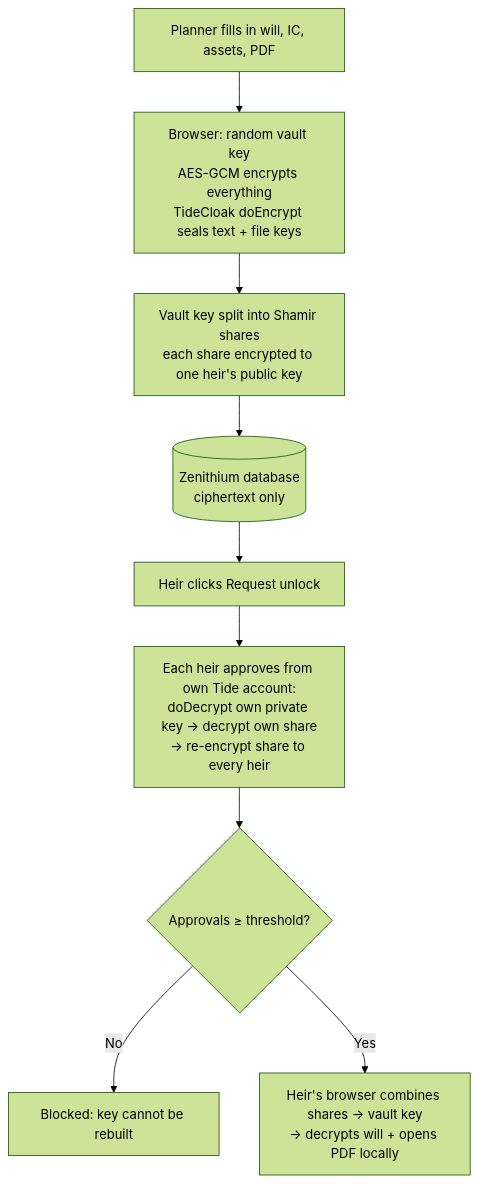
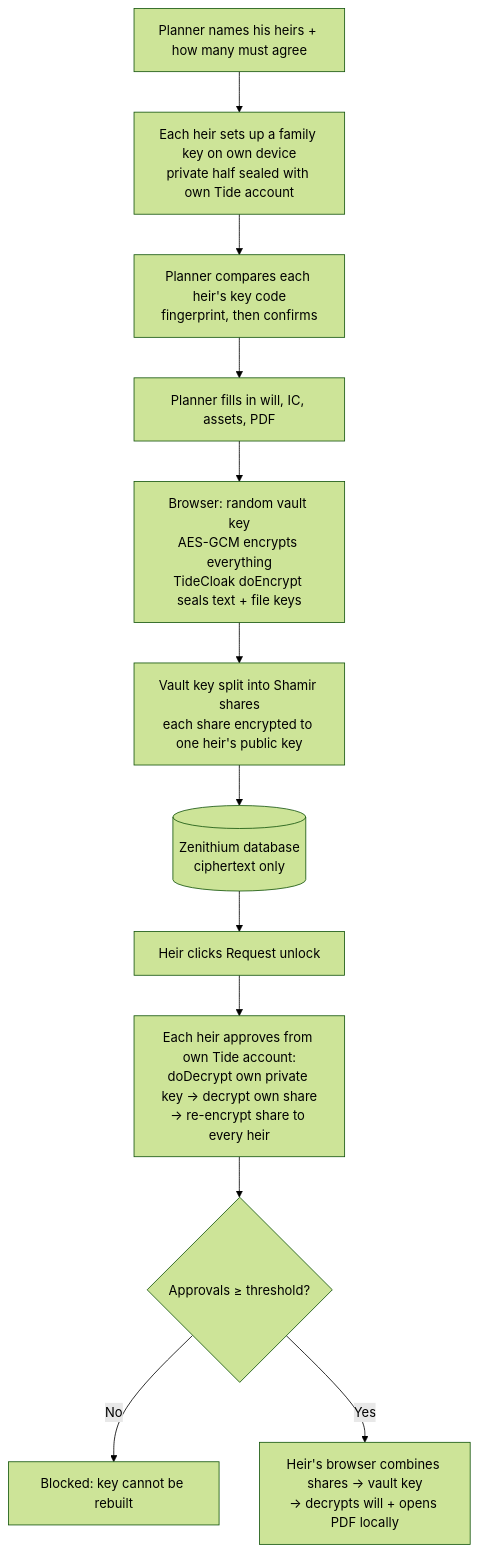
Before and after one commit to MaosterM/RMIT-Shuijiao: the diagram in challenge_2/STUDY.md, drawn with Mermaid (forest theme). The commit also changed other lines of this file and 11 other files, not shown here.

````diff
--- a/challenge_2/STUDY.md
+++ b/challenge_2/STUDY.md
@@ -23,11 +23,14 @@
 ```mermaid
 flowchart TD
-    A[Planner fills in will, IC, assets, PDF] --> B[Browser: random vault key<br/>AES-GCM encrypts everything<br/>TideCloak doEncrypt seals text + file keys]
+    P[Planner names his heirs + how many must agree] --> K[Each heir sets up a family key on own device<br/>private half sealed with own Tide account]
+    K --> F0[Planner compares each heir's key code<br/>fingerprint, then confirms]
+    F0 --> A[Planner fills in will, IC, assets, PDF]
+    A --> B[Browser: random vault key<br/>AES-GCM encrypts everything<br/>TideCloak doEncrypt seals text + file keys]
     B --> C[Vault key split into Shamir shares<br/>each share encrypted to one heir's public key]
     C --> D[(Zenithium database<br/>ciphertext only)]
     D --> E[Heir clicks Request unlock]
     E --> F[Each heir approves from own Tide account:<br/>doDecrypt own private key → decrypt own share<br/>→ re-encrypt share to every heir]
     F --> G{Approvals ≥ threshold?}
     G -- No --> H[Blocked: key cannot be rebuilt]
     G -- Yes --> I[Heir's browser combines shares → vault key<br/>→ decrypts will + opens PDF locally]
 ```
````
